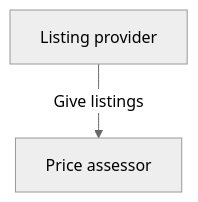
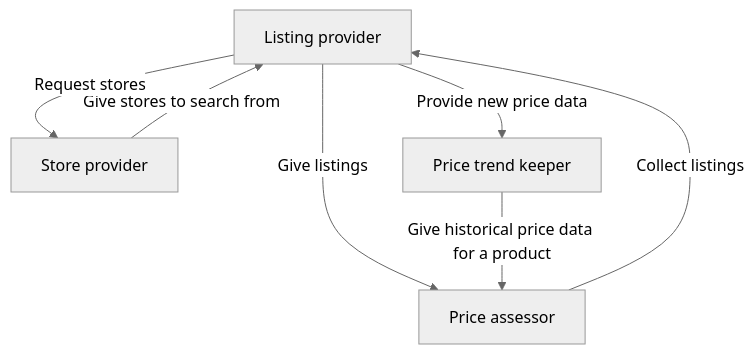
Before and after one commit to leevicode/gaia-agent: the diagram in gaia.md, drawn with Mermaid (neutral theme). The commit also changed other lines of this file, not shown here.

Commit message:
Update gaia.md
Add more roles

````diff
--- a/gaia.md
+++ b/gaia.md
@@ -11,7 +12,13 @@
  ```mermaid
     graph TD;
     A[Listing provider];
     B[Price assessor];
+    C[Store provider];
+    D[Price trend keeper];
     A -->|Give listings| B;
-    
+    B -->|Collect listings| A;
+    C -->|Give stores to search from| A;
+    A -->|Request stores| C;
+    D -->|Give historical price data for a product| B;
+    A -->|Provide new price data| D;
 ```
````
